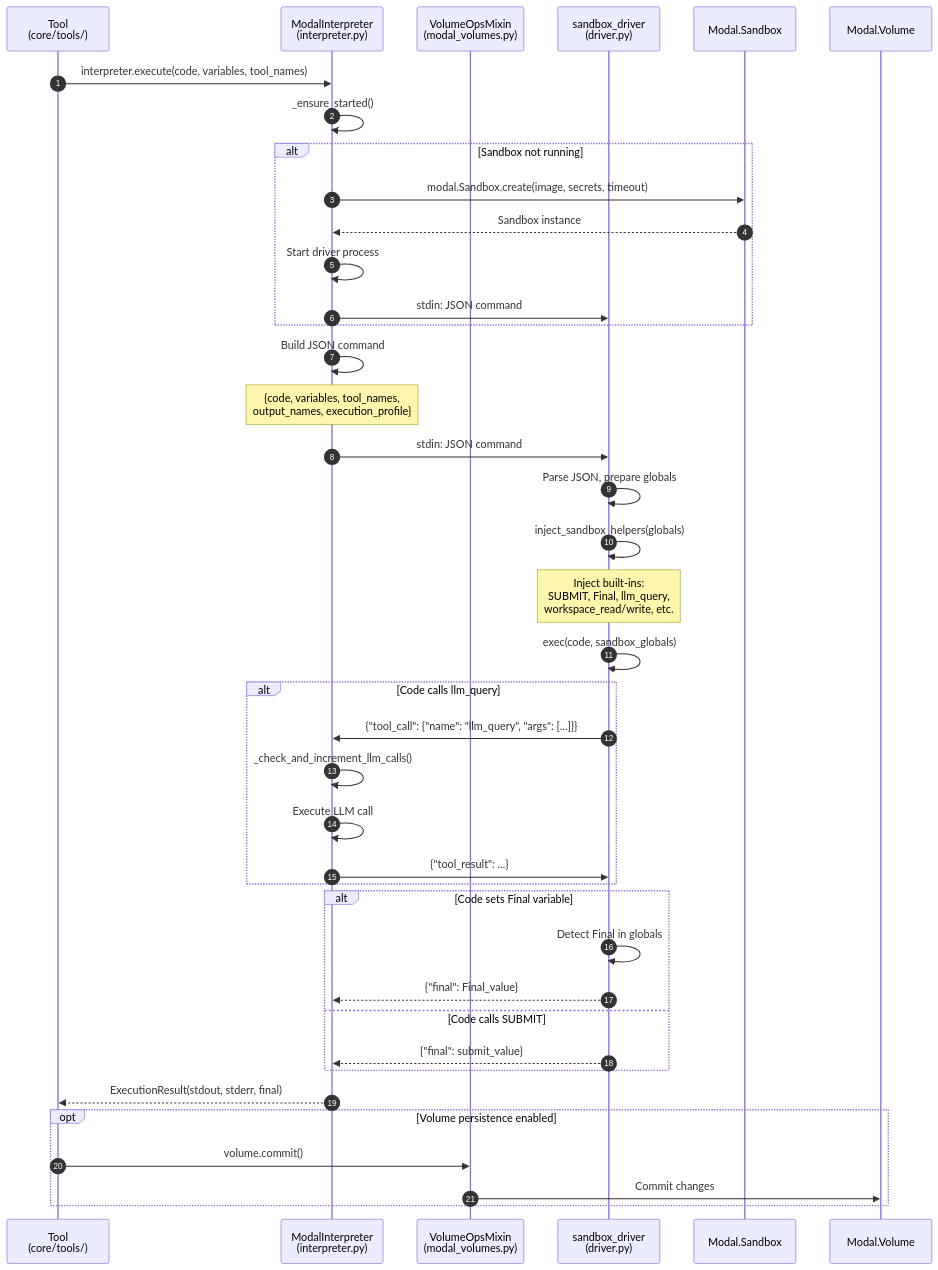
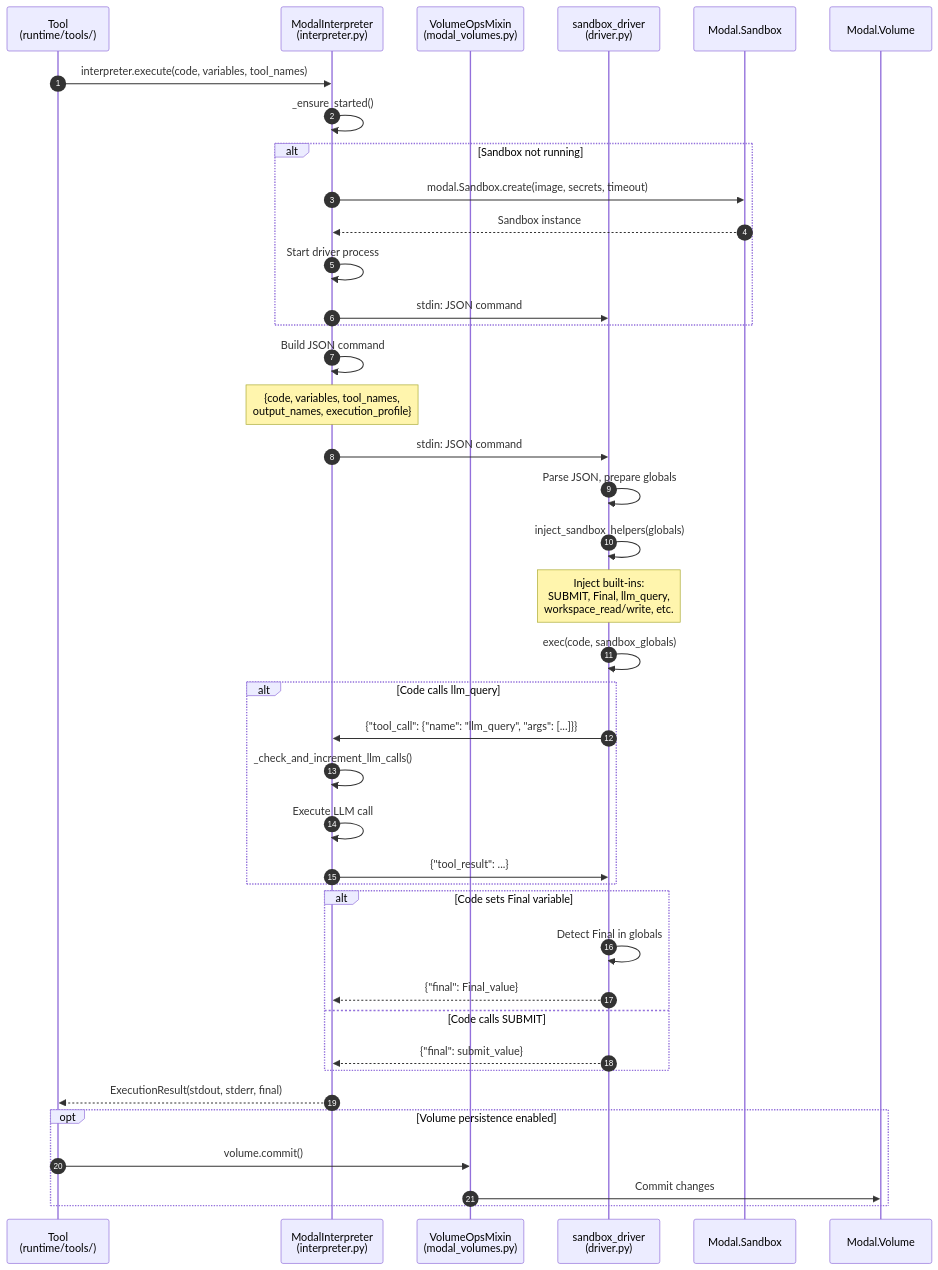
One commit to Qredence/fleet-rlm changed the sixth of 6 diagrams in docs/architecture.md. Above: the diagram before and after it, drawn with Mermaid. The commit also changed other lines of this file and 34 other files, not shown here.

Commit message:
docs: Refresh architecture docs for the simplified module layout

````diff
--- a/docs/architecture.md
+++ b/docs/architecture.md
@@ -464,52 +467,52 @@
 ```mermaid
 sequenceDiagram
     autonumber
-    participant Tool as Tool<br/>(core/tools/)
+    participant Tool as Tool<br/>(runtime/tools/)
     participant Interp as ModalInterpreter<br/>(interpreter.py)
     participant VolOps as VolumeOpsMixin<br/>(modal_volumes.py)
     participant Driver as sandbox_driver<br/>(driver.py)
     participant Sandbox as Modal.Sandbox
     participant Volume as Modal.Volume
 
     Tool->>Interp: interpreter.execute(code, variables, tool_names)
     Interp->>Interp: _ensure_started()
 
     alt Sandbox not running
         Interp->>Sandbox: modal.Sandbox.create(image, secrets, timeout)
         Sandbox-->>Interp: Sandbox instance
         Interp->>Interp: Start driver process
         Interp->>Driver: stdin: JSON command
     end
 
     Interp->>Interp: Build JSON command
     Note over Interp: {code, variables, tool_names,<br/>output_names, execution_profile}
 
     Interp->>Driver: stdin: JSON command
     Driver->>Driver: Parse JSON, prepare globals
     Driver->>Driver: inject_sandbox_helpers(globals)
 
     Note over Driver: Inject built-ins:<br/>SUBMIT, Final, llm_query,<br/>workspace_read/write, etc.
 
     Driver->>Driver: exec(code, sandbox_globals)
 
     alt Code calls llm_query
         Driver->>Interp: {"tool_call": {"name": "llm_query", "args": [...]}}
         Interp->>Interp: _check_and_increment_llm_calls()
         Interp->>Interp: Execute LLM call
         Interp->>Driver: {"tool_result": ...}
     end
 
     alt Code sets Final variable
         Driver->>Driver: Detect Final in globals
         Driver-->>Interp: {"final": Final_value}
     else Code calls SUBMIT
         Driver-->>Interp: {"final": submit_value}
     end
 
     Interp-->>Tool: ExecutionResult(stdout, stderr, final)
 
     opt Volume persistence enabled
         Tool->>VolOps: volume.commit()
         VolOps->>Volume: Commit changes
     end
 ```
````
